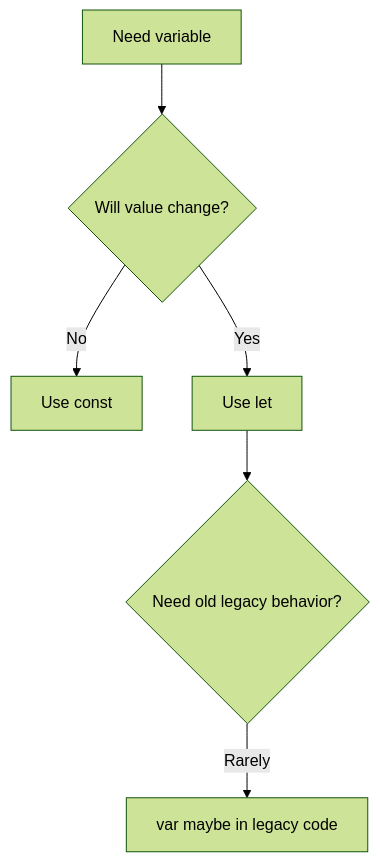
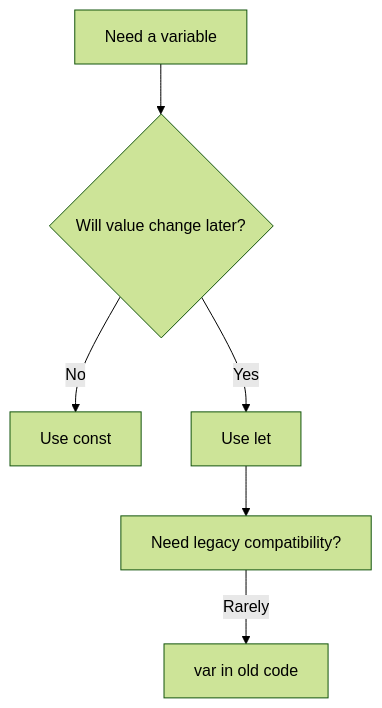
One commit to AbhishekDhone7/javascript-git-basics changed the ninth of 14 diagrams in JavaScript-Beginners-Guide.md. Above: the diagram before and after it, drawn with Mermaid (forest theme). The commit also changed other lines of this file and 1 other file, not shown here.

````diff
--- a/JavaScript-Beginners-Guide.md
+++ b/JavaScript-Beginners-Guide.md
@@ -688,8 +696,8 @@
 ```mermaid
 flowchart TD
-A[Need variable] --> B{Will value change?}
+A[Need a variable] --> B{Will value change later?}
 B -- No --> C[Use const]
 B -- Yes --> D[Use let]
-D --> E{Need old legacy behavior?}
-E -- Rarely --> F[var maybe in legacy code]
+D --> E[Need legacy compatibility?]
+E -- Rarely --> F[var in old code]
 ```
````
